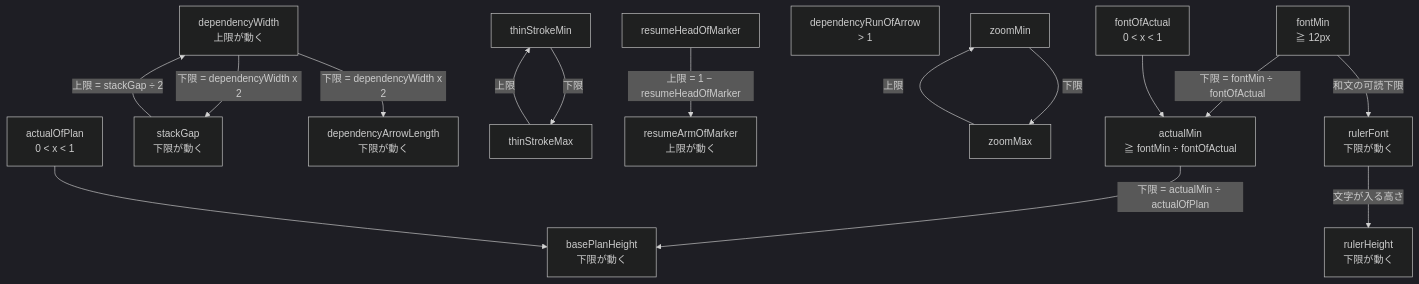
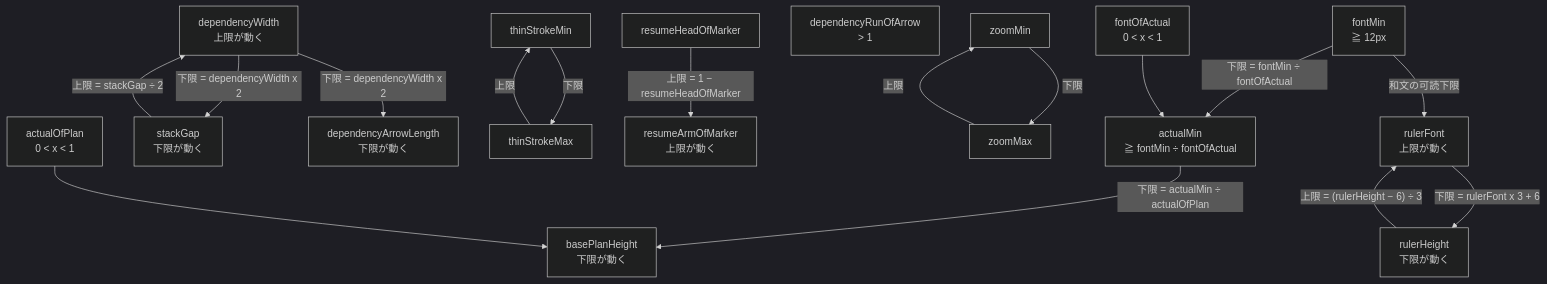
The third of 3 diagrams in handover/03-ui-naming/handover-ui-detail-spec-ja.md (GoodRelax/gr-scheduler), drawn with Mermaid (dark theme) before and after one commit. The commit also changed other lines of this file and 7 other files, not shown here.

````diff
--- a/handover/03-ui-naming/handover-ui-detail-spec-ja.md
+++ b/handover/03-ui-naming/handover-ui-detail-spec-ja.md
@@ -792,35 +792,36 @@
 ```mermaid
 graph TD
     fontMin["fontMin<br/>≧ 12px"]
     actualOfPlan["actualOfPlan<br/>0 &lt; x &lt; 1"]
     fontOfActual["fontOfActual<br/>0 &lt; x &lt; 1"]
     basePlanHeight["basePlanHeight<br/>下限が動く"]
     dependencyWidth["dependencyWidth<br/>上限が動く"]
     stackGap["stackGap<br/>下限が動く"]
     dependencyArrowLength["dependencyArrowLength<br/>下限が動く"]
     dependencyRunOfArrow["dependencyRunOfArrow<br/>&gt; 1"]
     thinMin["thinStrokeMin"]
     thinMax["thinStrokeMax"]
     resumeArm["resumeArmOfMarker<br/>上限が動く"]
     resumeHead["resumeHeadOfMarker"]
     zoomMin["zoomMin"]
     zoomMax["zoomMax"]
-    rulerFont["rulerFont<br/>下限が動く"]
+    rulerFont["rulerFont<br/>上限が動く"]
     rulerHeight["rulerHeight<br/>下限が動く"]
 
     actualMin["actualMin<br/>≧ fontMin ÷ fontOfActual"]
     fontMin -- "下限 = fontMin ÷ fontOfActual" --> actualMin
     fontOfActual --> actualMin
     actualMin -- "下限 = actualMin ÷ actualOfPlan" --> basePlanHeight
     actualOfPlan --> basePlanHeight
     fontMin -- "和文の可読下限" --> rulerFont
-    rulerFont -- "文字が入る高さ" --> rulerHeight
+    rulerFont -- "下限 = rulerFont x 3 + 6" --> rulerHeight
+    rulerHeight -- "上限 = (rulerHeight − 6) ÷ 3" --> rulerFont
     dependencyWidth -- "下限 = dependencyWidth x 2" --> stackGap
     stackGap -- "上限 = stackGap ÷ 2" --> dependencyWidth
     dependencyWidth -- "下限 = dependencyWidth x 2" --> dependencyArrowLength
     thinMax -- "上限" --> thinMin
     thinMin -- "下限" --> thinMax
     resumeHead -- "上限 = 1 − resumeHeadOfMarker" --> resumeArm
     zoomMax -- "上限" --> zoomMin
     zoomMin -- "下限" --> zoomMax
 ```
````
